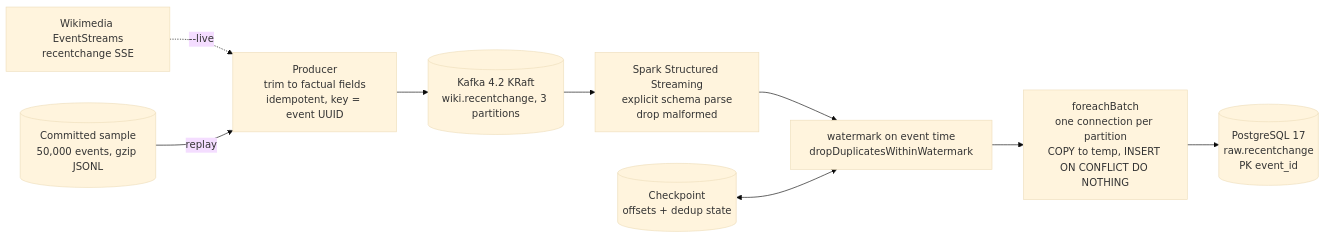
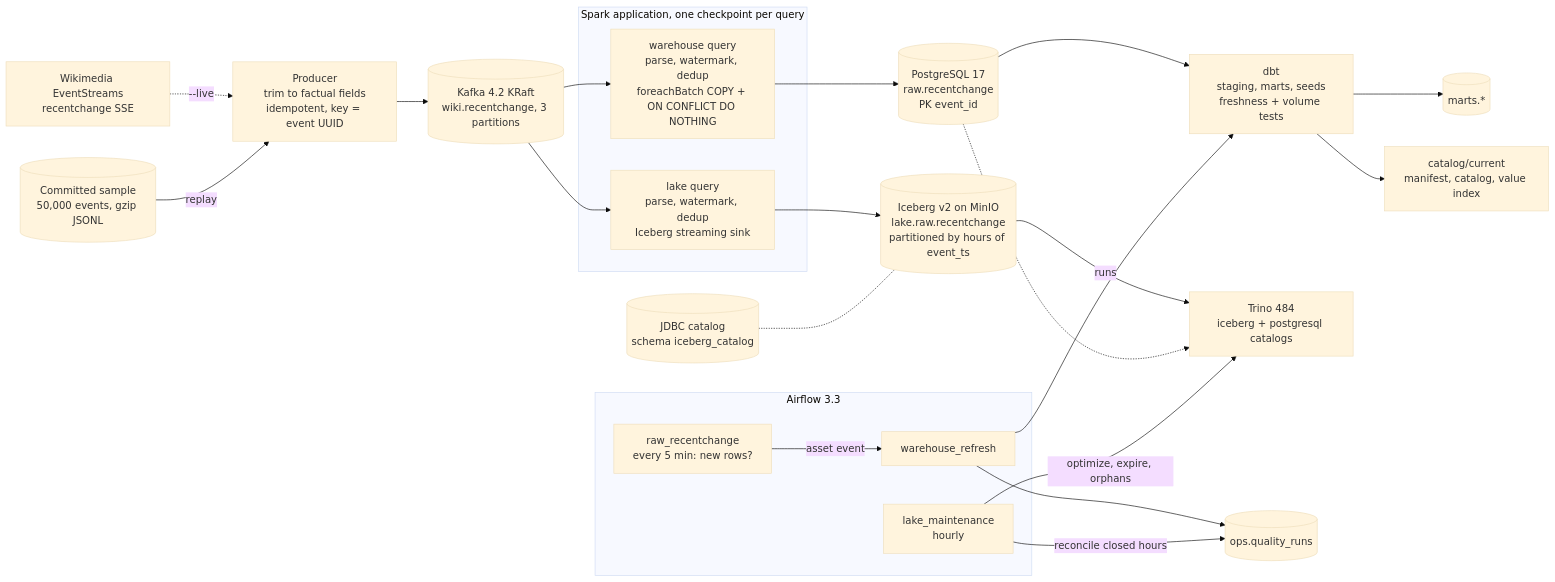
The diagram in README.md (TheAsianFish/tributary), drawn with Mermaid (base theme) before and after one commit. The commit also changed other lines of this file and 122 other files, not shown here.

First line of the commit message:
M2: Warehouse, lakehouse and orchestration — dbt project (`staging`, `marts`, seeds, generic and custom test (#3)

````diff
--- a/README.md
+++ b/README.md
@@ -55,11 +86,28 @@
 ```mermaid
 flowchart LR
     W[Wikimedia EventStreams<br/>recentchange SSE] -. --live .-> P
     S[(Committed sample<br/>50,000 events, gzip JSONL)] -- replay --> P
     P[Producer<br/>trim to factual fields<br/>idempotent, key = event UUID] --> K[(Kafka 4.2 KRaft<br/>wiki.recentchange, 3 partitions)]
-    K --> PA[Spark Structured Streaming<br/>explicit schema parse<br/>drop malformed]
-    PA --> D[watermark on event time<br/>dropDuplicatesWithinWatermark]
-    D --> FB[foreachBatch<br/>one connection per partition<br/>COPY to temp, INSERT ON CONFLICT DO NOTHING]
-    FB --> RAW[(PostgreSQL 17<br/>raw.recentchange<br/>PK event_id)]
-    CK[(Checkpoint<br/>offsets + dedup state)] <--> D
+    subgraph Spark[Spark application, one checkpoint per query]
+        WQ[warehouse query<br/>parse, watermark, dedup<br/>foreachBatch COPY + ON CONFLICT DO NOTHING]
+        LQ[lake query<br/>parse, watermark, dedup<br/>Iceberg streaming sink]
+    end
+    K --> WQ
+    K --> LQ
+    WQ --> RAW[(PostgreSQL 17<br/>raw.recentchange<br/>PK event_id)]
+    LQ --> ICE[(Iceberg v2 on MinIO<br/>lake.raw.recentchange<br/>partitioned by hours of event_ts)]
+    JC[(JDBC catalog<br/>schema iceberg_catalog)] -.- ICE
+    RAW --> DBT[dbt<br/>staging, marts, seeds<br/>freshness + volume tests]
+    DBT --> MARTS[(marts.*)]
+    DBT --> CAT[catalog/current<br/>manifest, catalog, value index]
+    ICE --> TR[Trino 484<br/>iceberg + postgresql catalogs]
+    RAW -.-> TR
+    subgraph Airflow[Airflow 3.3]
+        RW[raw_recentchange<br/>every 5 min: new rows?] -->|asset event| WR[warehouse_refresh]
+        LM[lake_maintenance<br/>hourly]
+    end
+    WR -->|runs| DBT
+    WR --> QR[(ops.quality_runs)]
+    LM -->|optimize, expire, orphans| TR
+    LM -->|reconcile closed hours| QR
 ```
````
